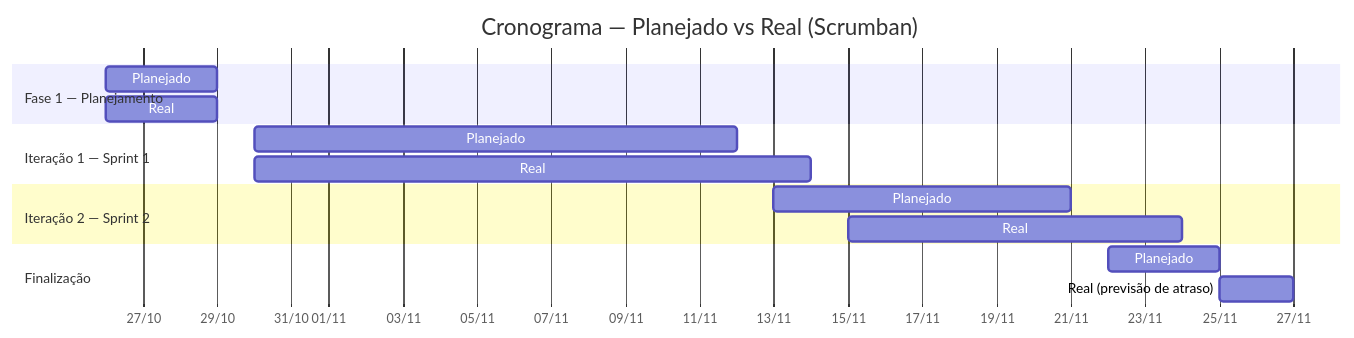
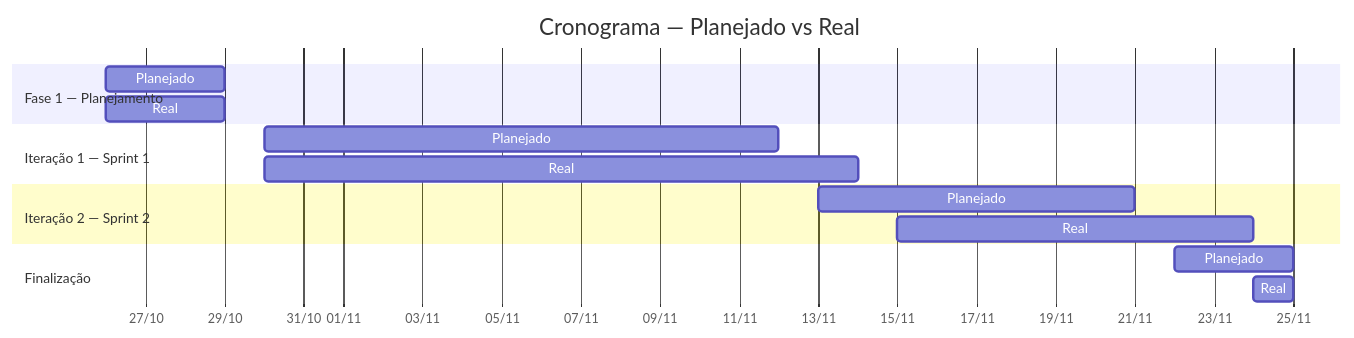
Before and after one commit to danilolps01/Conversor-de-Unidades: the first of 3 diagrams in Relatorio-de-Processo-Qualidade.md, drawn with Mermaid. The commit also changed other lines of this file, not shown here.

````diff
--- a/Relatorio-de-Processo-Qualidade.md
+++ b/Relatorio-de-Processo-Qualidade.md
@@ -69,22 +69,22 @@
 ``` mermaid
 gantt
-  title Cronograma — Planejado vs Real (Scrumban)
+  title Cronograma — Planejado vs Real
   dateFormat  YYYY-MM-DD
   axisFormat  %d/%m
 
   section Fase 1 — Planejamento
     Planejado :plan1, 2025-10-26, 2025-10-29
     Real      :real1,  2025-10-26, 2025-10-29
 
   section Iteração 1 — Sprint 1
     Planejado :plan2, 2025-10-30, 2025-11-12
     Real      :real2,  2025-10-30, 2025-11-14
 
   section Iteração 2 — Sprint 2
     Planejado :plan3, 2025-11-13, 2025-11-21
     Real      :real3,  2025-11-15, 2025-11-24
 
   section Finalização
     Planejado :plan4, 2025-11-22, 2025-11-25
-    Real (previsão de atraso) :real4, 2025-11-25, 2025-11-27
+    Real :real4, 2025-11-24, 2025-11-25
 ```
````
